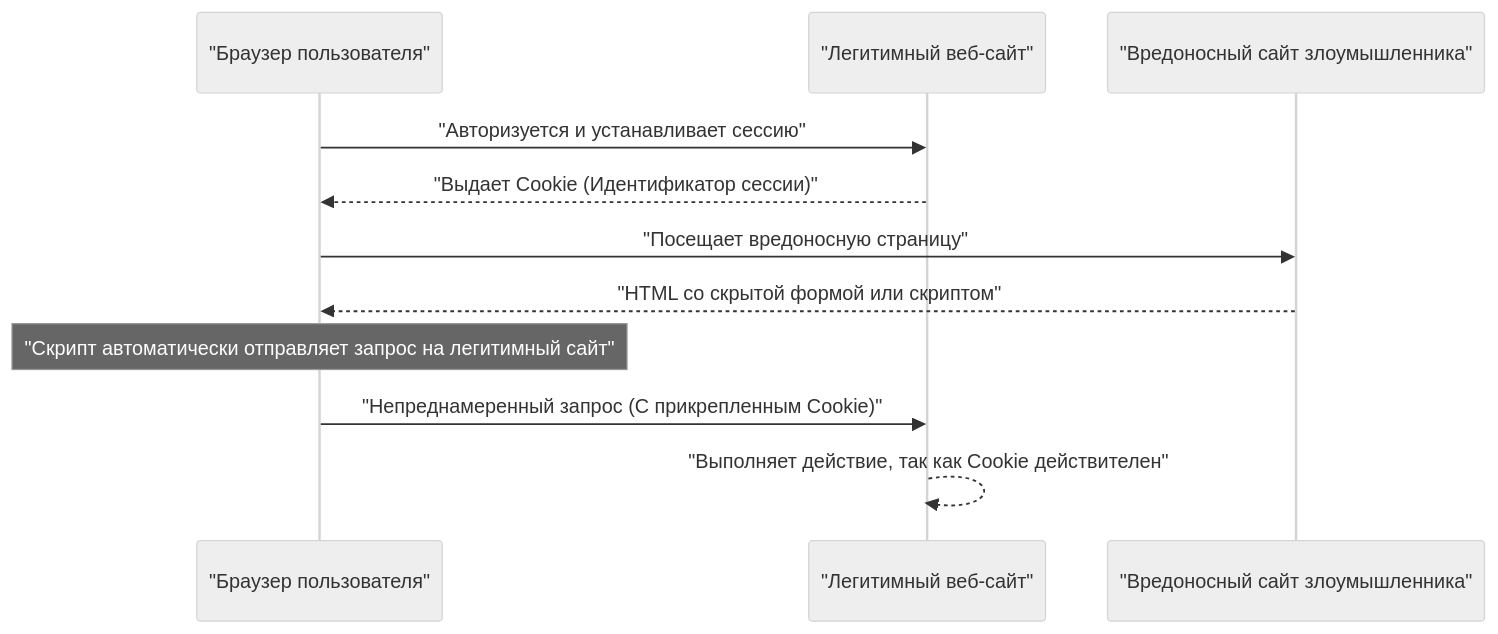
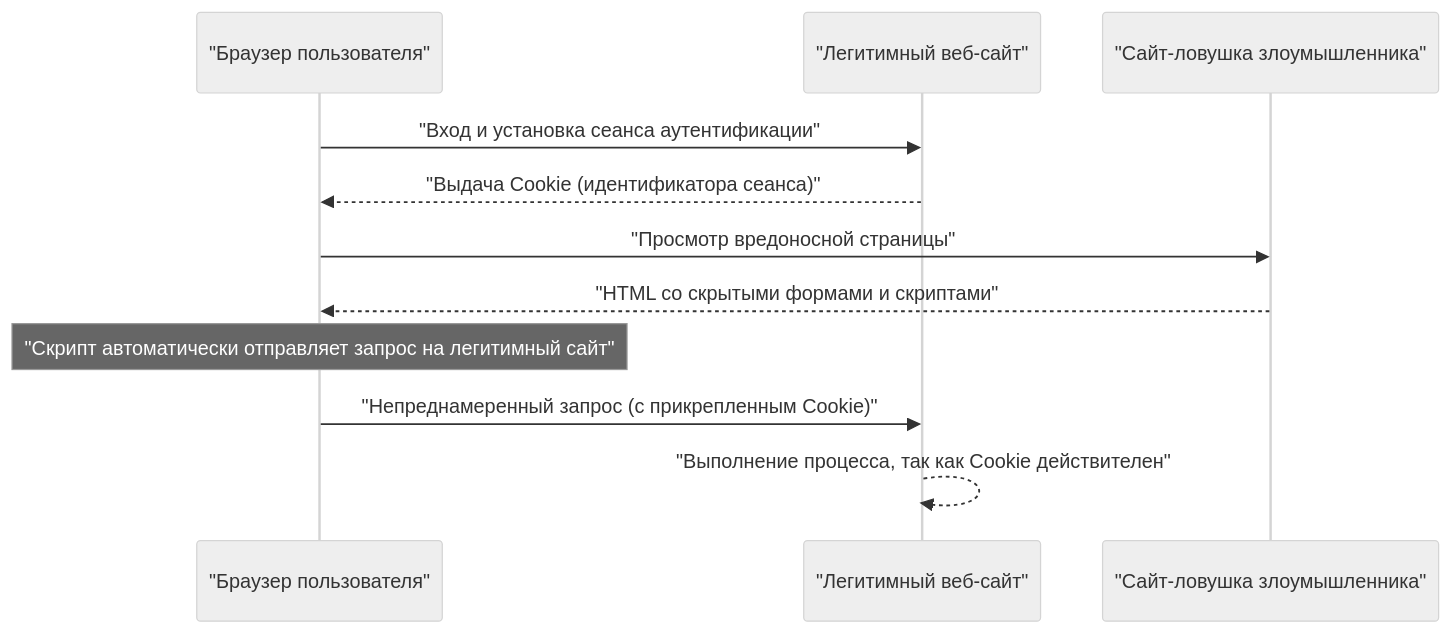
Before and after one commit to kenjinote/blog: the second of 2 diagrams in content/post/web-application-vulnerability-owasp-top-10/index.ru.md, drawn with Mermaid (neutral theme). The commit also changed other lines of this file and 12 other files, not shown here.

````diff
--- a/content/post/web-application-vulnerability-owasp-top-10/index.ru.md
+++ b/content/post/web-application-vulnerability-owasp-top-10/index.ru.md
@@ -232,16 +232,16 @@
 ```mermaid
 sequenceDiagram
     participant "Браузер пользователя"
     participant "Легитимный веб-сайт"
-    participant "Вредоносный сайт злоумышленника"
+    participant "Сайт-ловушка злоумышленника"
 
-    "Браузер пользователя"->>"Легитимный веб-сайт": "Авторизуется и устанавливает сессию"
-    "Легитимный веб-сайт"-->>"Браузер пользователя": "Выдает Cookie (Идентификатор сессии)"
+    "Браузер пользователя"->>"Легитимный веб-сайт": "Вход и установка сеанса аутентификации"
+    "Легитимный веб-сайт"-->>"Браузер пользователя": "Выдача Cookie (идентификатора сеанса)"
     
-    "Браузер пользователя"->>"Вредоносный сайт злоумышленника": "Посещает вредоносную страницу"
-    "Вредоносный сайт злоумышленника"-->>"Браузер пользователя": "HTML со скрытой формой или скриптом"
+    "Браузер пользователя"->>"Сайт-ловушка злоумышленника": "Просмотр вредоносной страницы"
+    "Сайт-ловушка злоумышленника"-->>"Браузер пользователя": "HTML со скрытыми формами и скриптами"
     
     Note over "Браузер пользователя": "Скрипт автоматически отправляет запрос на легитимный сайт"
-    "Браузер пользователя"->>"Легитимный веб-сайт": "Непреднамеренный запрос (С прикрепленным Cookie)"
-    "Легитимный веб-сайт"-->>"Легитимный веб-сайт": "Выполняет действие, так как Cookie действителен"
+    "Браузер пользователя"->>"Легитимный веб-сайт": "Непреднамеренный запрос (с прикрепленным Cookie)"
+    "Легитимный веб-сайт"-->>"Легитимный веб-сайт": "Выполнение процесса, так как Cookie действителен"
 ```
````
